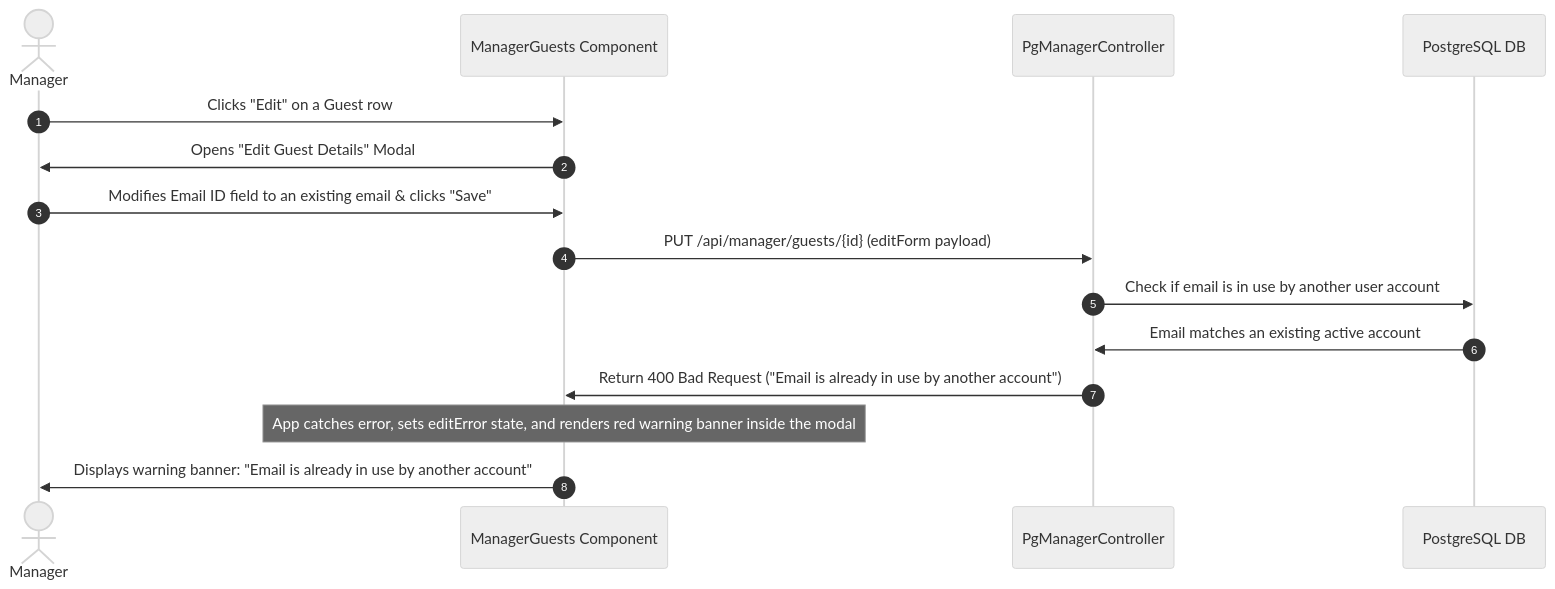
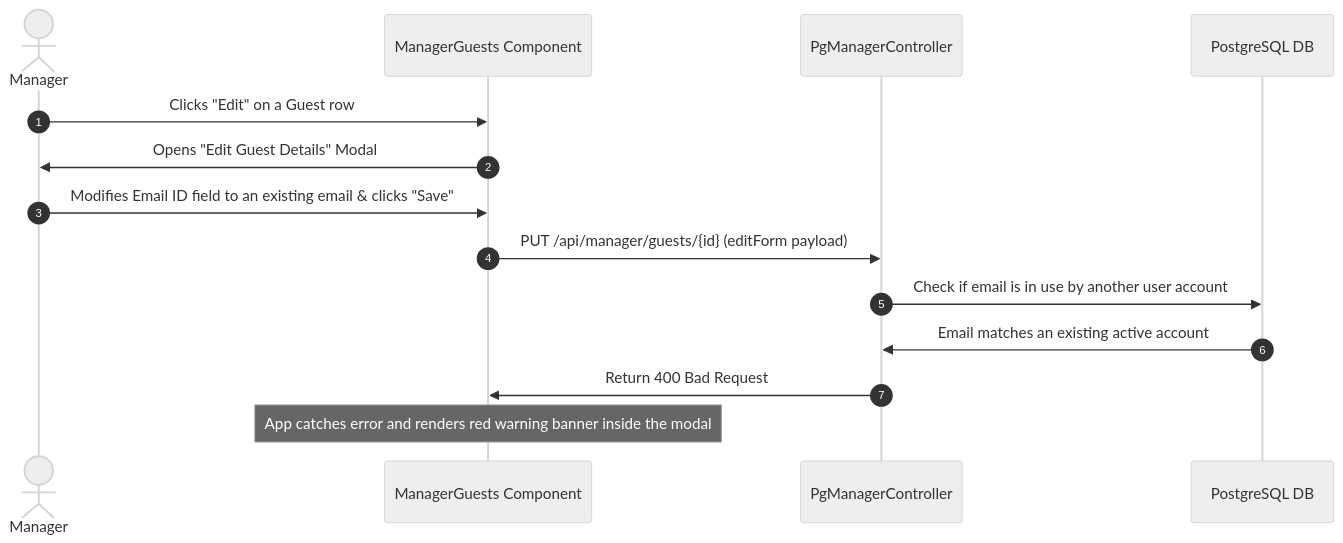
One commit to rahul-0906/PG-Project changed diagram 20 of 21 in docs/WORKFLOWS.md. Above: the diagram before and after it, drawn with Mermaid (neutral theme). The commit also changed other lines of this file and 7 other files, not shown here.

Commit message:
Comprehensive documentation overhaul: update README, workflows, calculations, architecture registry, onboarding, and SOP files

````diff
--- a/docs/WORKFLOWS.md
+++ b/docs/WORKFLOWS.md
@@ -654,18 +666,17 @@
 ```mermaid
 sequenceDiagram
     autonumber
     actor Manager
     participant App as ManagerGuests Component
     participant Controller as PgManagerController
     participant DB as PostgreSQL DB
 
     Manager->>App: Clicks "Edit" on a Guest row
     App->>Manager: Opens "Edit Guest Details" Modal
     Manager->>App: Modifies Email ID field to an existing email & clicks "Save"
     App->>Controller: PUT /api/manager/guests/{id} (editForm payload)
     Controller->>DB: Check if email is in use by another user account
     DB->>Controller: Email matches an existing active account
-    Controller->>App: Return 400 Bad Request ("Email is already in use by another account")
-    Note over App: App catches error, sets editError state, and renders red warning banner inside the modal
-    App->>Manager: Displays warning banner: "Email is already in use by another account"
+    Controller->>App: Return 400 Bad Request
+    Note over App: App catches error and renders red warning banner inside the modal
 ```
````
